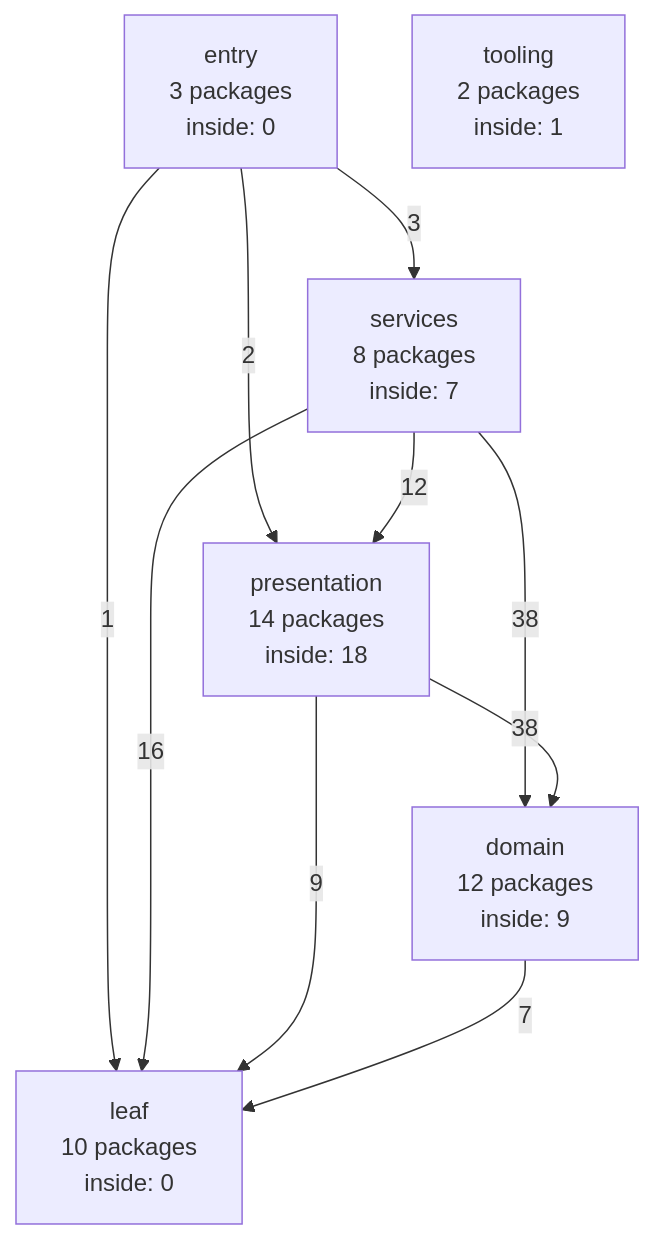
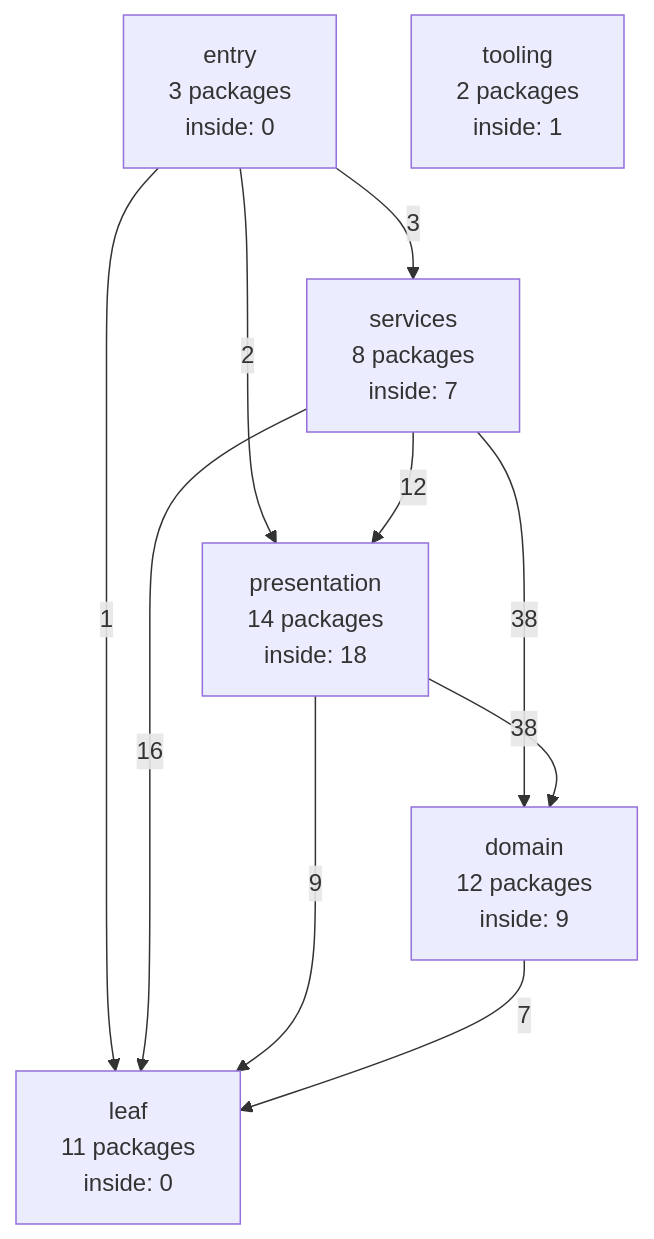
One commit to ladydascalie/dm changed the diagram in docs/internals/generated/package-graph.md. Above: the diagram before and after it, drawn with Mermaid. The commit also changed other lines of this file and 12 other files, not shown here.

````diff
--- a/docs/internals/generated/package-graph.md
+++ b/docs/internals/generated/package-graph.md
@@ -58,18 +58,18 @@
 ```mermaid
 flowchart TD
   entry["entry<br/>3 packages<br/>inside: 0"]
   services["services<br/>8 packages<br/>inside: 7"]
   presentation["presentation<br/>14 packages<br/>inside: 18"]
   domain["domain<br/>12 packages<br/>inside: 9"]
-  leaf["leaf<br/>10 packages<br/>inside: 0"]
+  leaf["leaf<br/>11 packages<br/>inside: 0"]
   tooling["tooling<br/>2 packages<br/>inside: 1"]
   entry -->|3| services
   entry -->|2| presentation
   entry -->|1| leaf
   services -->|12| presentation
   services -->|38| domain
   services -->|16| leaf
   presentation -->|38| domain
   presentation -->|9| leaf
   domain -->|7| leaf
 ```
````
